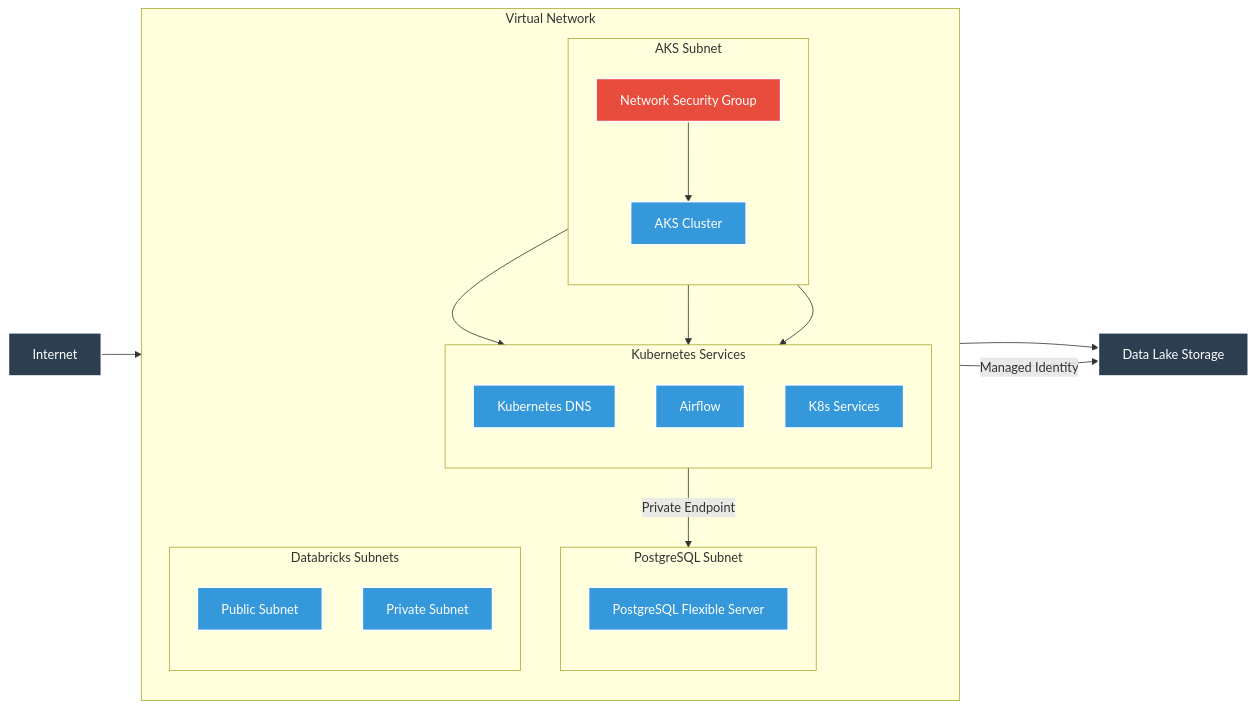
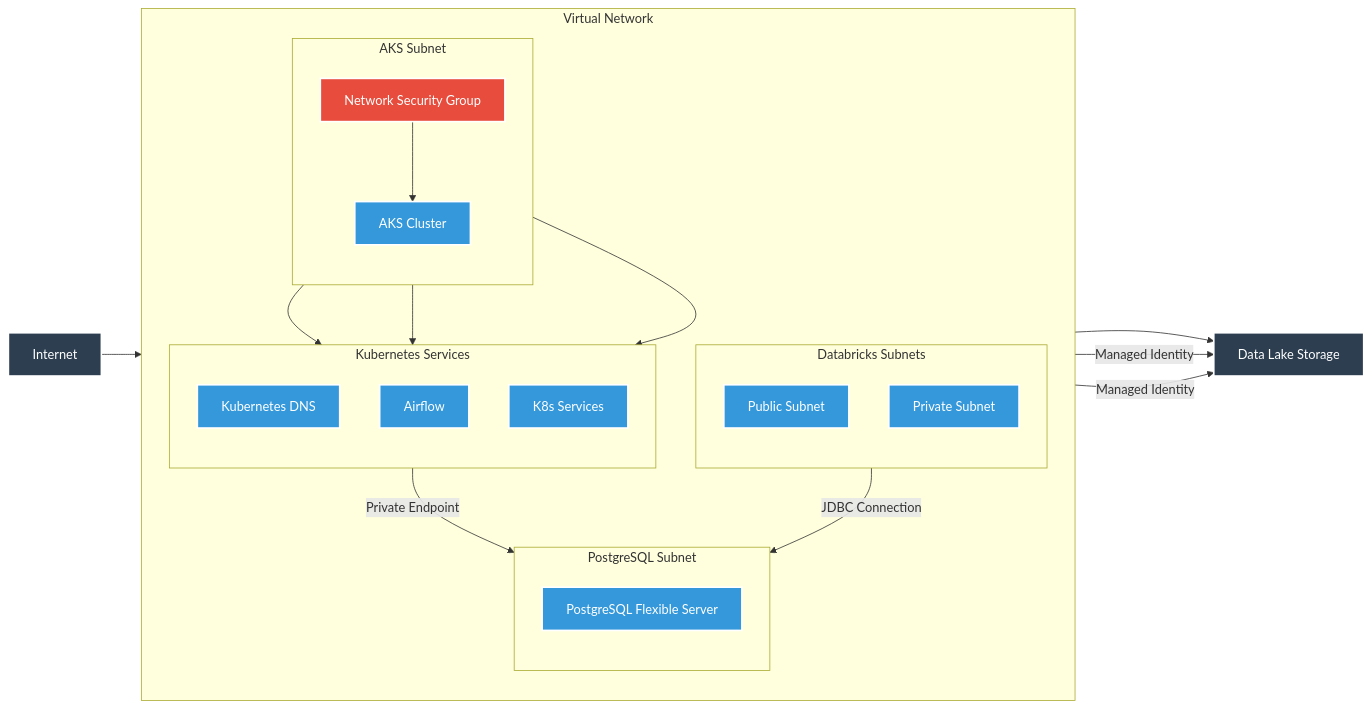
Before and after one commit to waddafunk/the-air-quality-project-infrastructure-as-code: the second of 3 diagrams in README.md, drawn with Mermaid. The commit also changed other lines of this file, not shown here.

````diff
--- a/README.md
+++ b/README.md
@@ -75,46 +76,48 @@
 ```mermaid
 flowchart LR
     subgraph "Virtual Network"
         direction TB
         subgraph "AKS Subnet"
             direction TB
             NSG["Network Security Group"]
             AKS["AKS Cluster"]
         end
         
         subgraph "PostgreSQL Subnet"
             direction TB
             POSTGRES["PostgreSQL Flexible Server"]
         end
         
         subgraph "Databricks Subnets"
             direction TB
             DBPUBLIC["Public Subnet"]
             DBPRIVATE["Private Subnet"]
         end
         
         subgraph "Kubernetes Services"
             direction TB
             DNS["Kubernetes DNS"]
             AIRFLOW["Airflow"]
             SVC["K8s Services"]
         end
     end
     
     Internet --> NSG
     NSG --> AKS
     AKS --> DNS
     AKS --> SVC
     AKS --> AIRFLOW
     AKS --> Storage["Data Lake Storage"]
     AIRFLOW -->|Private Endpoint| POSTGRES
     AIRFLOW -->|Managed Identity| Storage
+    DBPRIVATE -->|JDBC Connection| POSTGRES
+    DBPRIVATE -->|Managed Identity| Storage
     
     classDef network fill:#2C3E50,stroke:#fff,stroke-width:2px,color:#fff
     classDef security fill:#E74C3C,stroke:#fff,stroke-width:2px,color:#fff
     classDef service fill:#3498DB,stroke:#fff,stroke-width:2px,color:#fff
     
     class NSG security
     class AKS,DNS,AIRFLOW,SVC,POSTGRES,DBPUBLIC,DBPRIVATE service
     class Internet,Storage network
 ```
````
